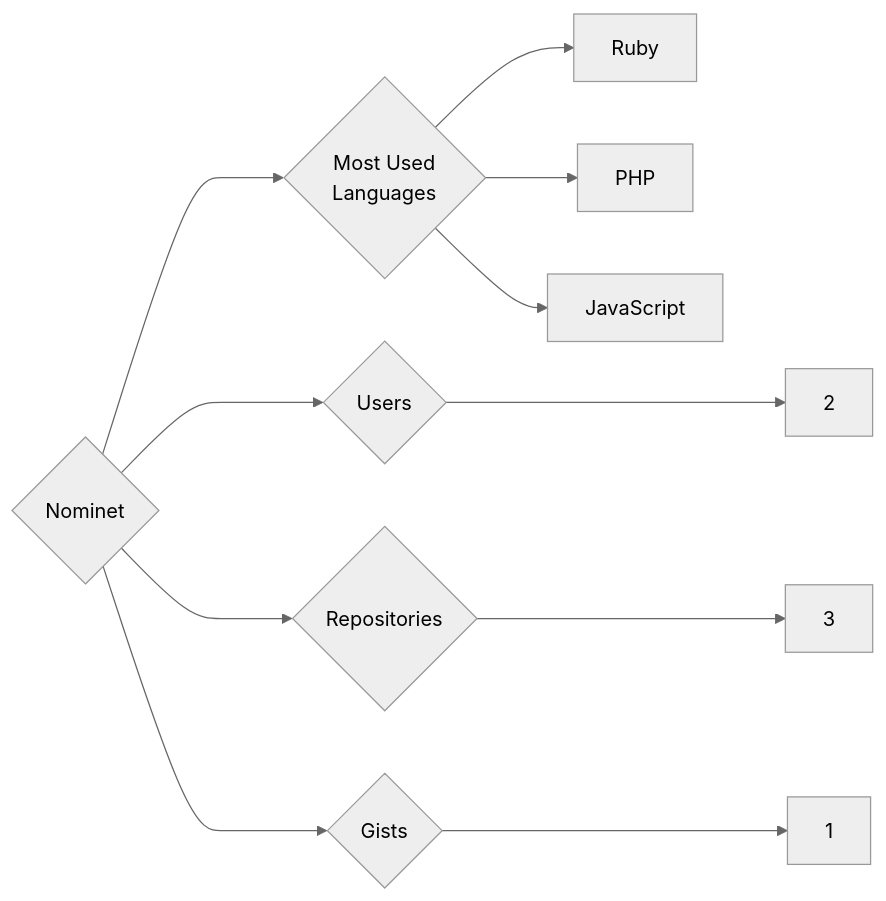
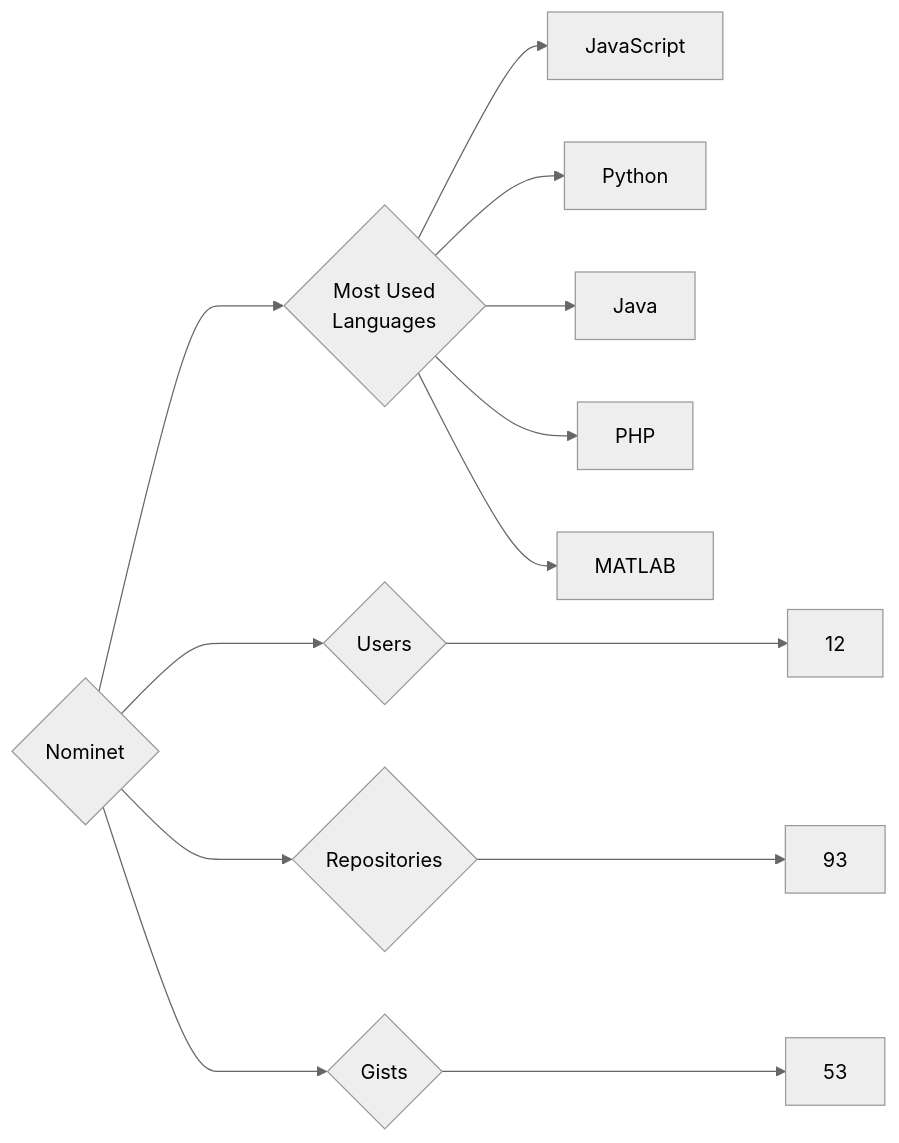
One commit to trickest/insiders changed the diagram in targets/Nominet/README.md. Above: the diagram before and after it, drawn with Mermaid (neutral theme). The commit also changed 898 other files, not shown here.

````diff
--- a/targets/Nominet/README.md
+++ b/targets/Nominet/README.md
@@ -3,11 +3,13 @@
 ```mermaid
 graph LR
 COMPANY_NAME{Nominet}
-COMPANY_NAME ---> U{Users} ---> UN[2]
-COMPANY_NAME ---> R{Repositories} ---> RN[3]
-COMPANY_NAME ---> G{Gists} ---> GN[1]
+COMPANY_NAME ---> U{Users} ---> UN[12]
+COMPANY_NAME ---> R{Repositories} ---> RN[93]
+COMPANY_NAME ---> G{Gists} ---> GN[53]
 COMPANY_NAME ---> ML{Most Used<br>Languages}
-ML --> Ruby[Ruby]
+ML --> JavaScript[JavaScript]
+ML --> Python[Python]
+ML --> Java[Java]
 ML --> PHP[PHP]
-ML --> JavaScript[JavaScript]
+ML --> MATLAB[MATLAB]
 ```
````
